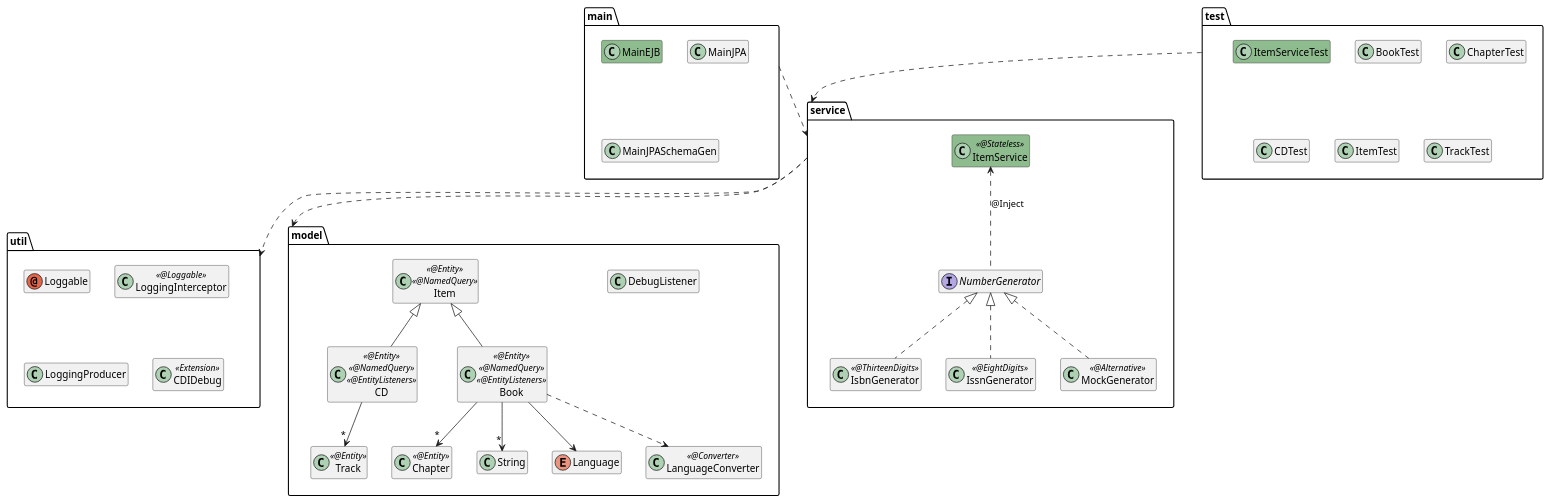
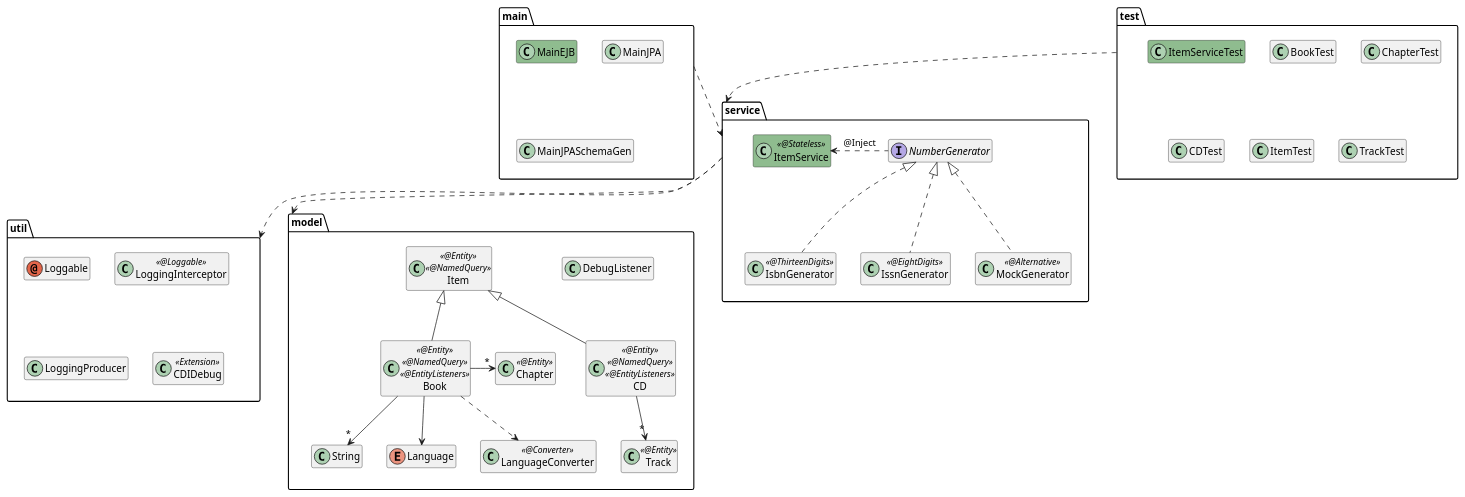
One commit to agoncal/agoncal-training-javaee7 changed the diagram in 09-EJB/demo09.puml. Above: the diagram before and after it, drawn with PlantUML. The commit also changed 29 other files, not shown here.

Commit message:
Updating diagrams

```diff
--- a/09-EJB/demo09.puml
+++ b/09-EJB/demo09.puml
@@ -1,64 +1,64 @@
 @startuml
 
 hide members
 
 package "main" {
     class MainEJB #8FBC8F
     class MainJPA
     class MainJPASchemaGen
 }
 package "test" {
     class ItemServiceTest #8FBC8F
     class BookTest
     class ChapterTest
     class CDTest
     class ItemTest
     class TrackTest
 }
 
 package "service" {
     interface NumberGenerator
     class IsbnGenerator << @ThirteenDigits >>
     class IssnGenerator << @EightDigits >>
     class MockGenerator << @Alternative >>
     class ItemService << @Stateless >> #8FBC8F
 
-    ItemService <.. NumberGenerator : @Inject
+    ItemService <.right. NumberGenerator : @Inject
     NumberGenerator <|.. IsbnGenerator
     NumberGenerator <|.. IssnGenerator
     NumberGenerator <|.. MockGenerator
 }
 
 package "model" {
     class DebugListener
     class Item << @Entity >> << @NamedQuery >>
     class CD << @Entity >> << @NamedQuery >> << @EntityListeners >>
     class Track << @Entity >>
     class Chapter << @Entity >>
     class Book << @Entity >> << @NamedQuery >> << @EntityListeners >>
     class String
     enum Language
     class LanguageConverter << @Converter >>
 
     Item <|-- CD
     Item <|-- Book
     CD --> "*" Track
     Book --> "*" String
-    Book --> "*" Chapter
+    Book -right-> "*" Chapter
     Book --> Language
     Book ..> LanguageConverter
 }
 
 package "util" {
     annotation Loggable
     class LoggingInterceptor << @Loggable >>
     class LoggingProducer
     class CDIDebug << Extension >>
 }
 
 main ..> service
 test ..> service
 service ..> model
 service ..> util
 
 @enduml
```
